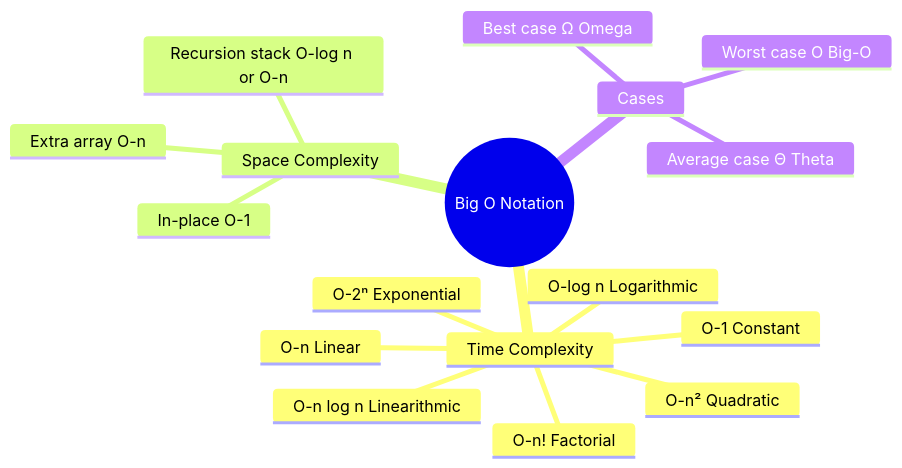
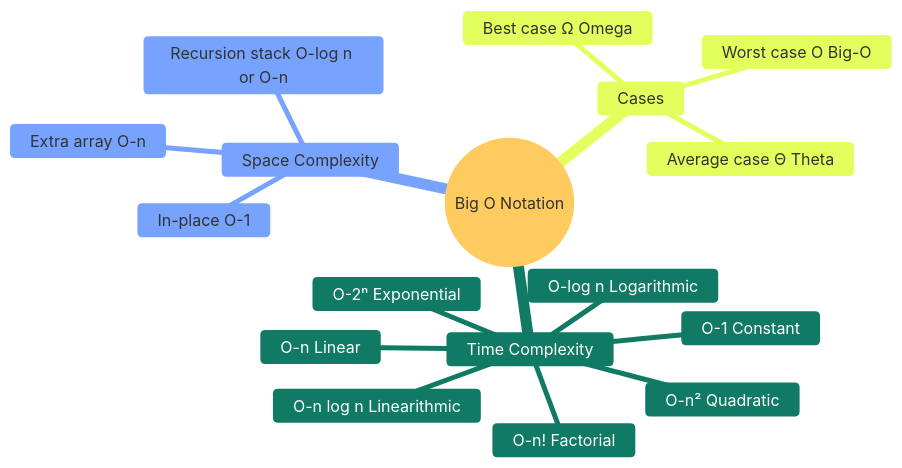
One commit to yousufCse/engineer-codex changed the first of 2 diagrams in dsa/chapter-00-big-o-notation.md. Above: the diagram before and after it, drawn with Mermaid. The commit also changed 8 other files, not shown here.

Commit message:
docs(mermaid-ui): enhance mermaid diagrams with theme customization across multiple chapters

````diff
--- a/dsa/chapter-00-big-o-notation.md
+++ b/dsa/chapter-00-big-o-notation.md
@@ -22,20 +22,23 @@
 ```mermaid
+%%{init: {'theme':'base', 'themeVariables': {
+  'cScale1':'#117A65', 'cScaleLabel1':'#FFFFFF'
+}}}%%
 mindmap
   root((Big O Notation))
     Time Complexity
       O-1 Constant
       O-log n Logarithmic
       O-n Linear
       O-n log n Linearithmic
       O-n² Quadratic
       O-2ⁿ Exponential
       O-n! Factorial
     Space Complexity
       In-place O-1
       Extra array O-n
       Recursion stack O-log n or O-n
     Cases
       Best case Ω Omega
       Worst case O Big-O
       Average case Θ Theta
 ```
````
